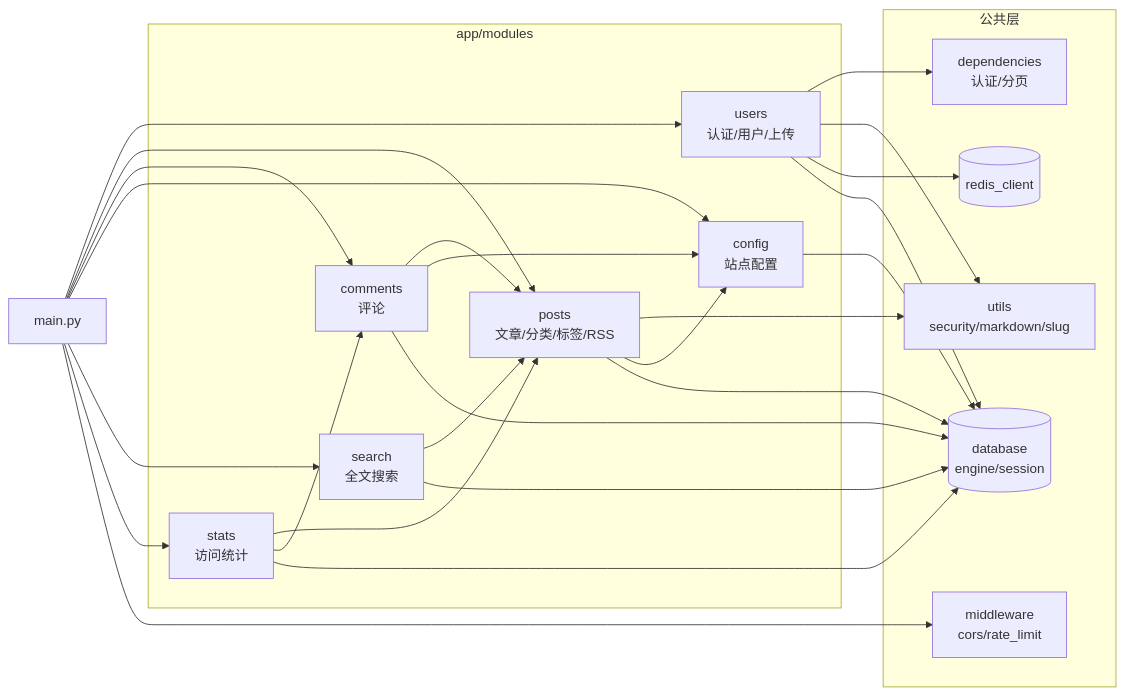
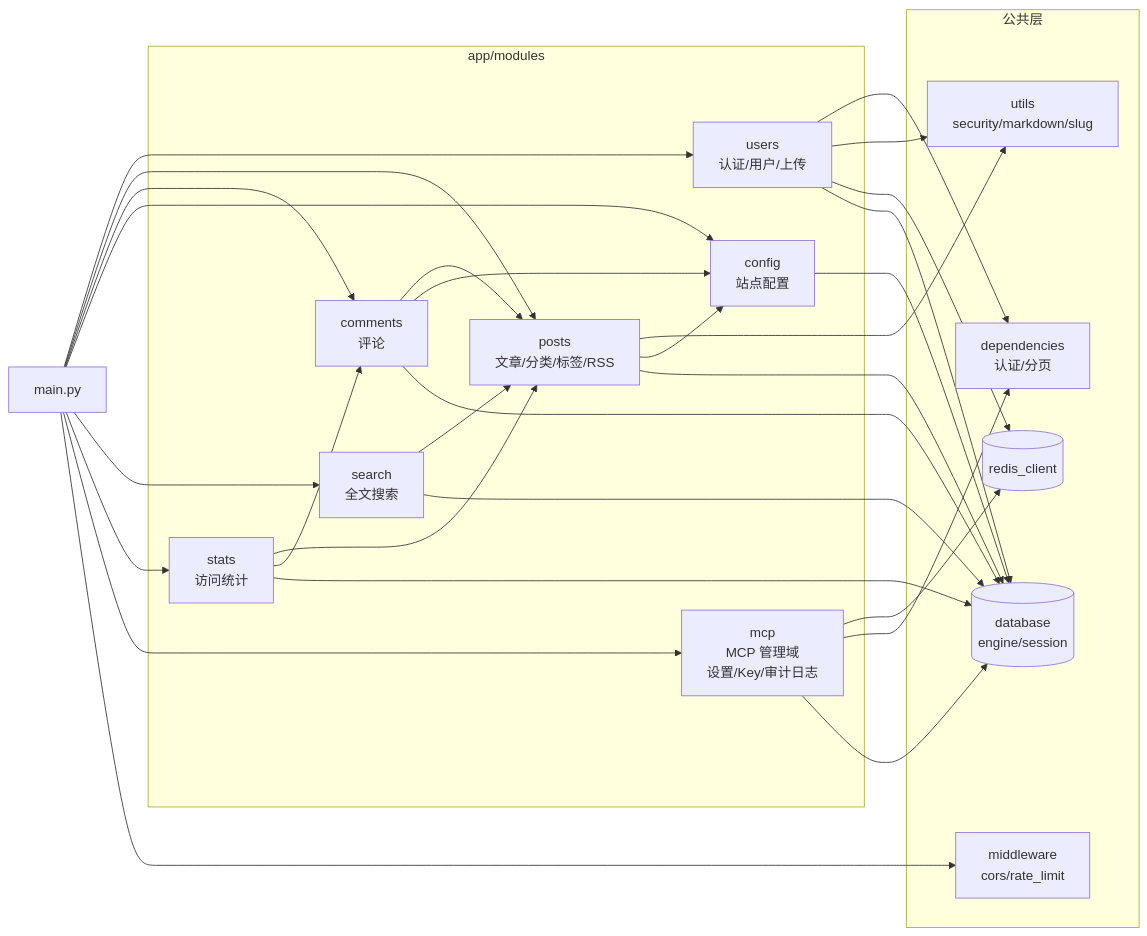
One commit to yjkz/YeYi-boke changed the second of 3 diagrams in docs/wiki/01-架构总览.md. Above: the diagram before and after it, drawn with Mermaid. The commit also changed other lines of this file and 6 other files, not shown here.

````diff
--- a/docs/wiki/01-架构总览.md
+++ b/docs/wiki/01-架构总览.md
@@ -85,28 +85,30 @@
 ```mermaid
 graph LR
     subgraph app/modules
         users[users<br/>认证/用户/上传]
         posts[posts<br/>文章/分类/标签/RSS]
         comments[comments<br/>评论]
         search[search<br/>全文搜索]
         stats[stats<br/>访问统计]
         config[config<br/>站点配置]
+        mcp[mcp<br/>MCP 管理域<br/>设置/Key/审计日志]
     end
 
     subgraph 公共层
         deps[dependencies<br/>认证/分页]
         db[(database<br/>engine/session)]
         redis[(redis_client)]
         utils[utils<br/>security/markdown/slug]
         mw[middleware<br/>cors/rate_limit]
     end
 
-    main[main.py] --> users & posts & comments & config & search & stats
+    main[main.py] --> users & posts & comments & config & search & stats & mcp
     main --> mw
     users --> deps & utils & redis
     posts --> utils & config
     comments --> posts & config
     search --> posts
     stats --> posts & comments
-    posts & comments & search & stats & config & users --> db
+    mcp --> redis & deps
+    posts & comments & search & stats & config & users & mcp --> db
 ```
````
